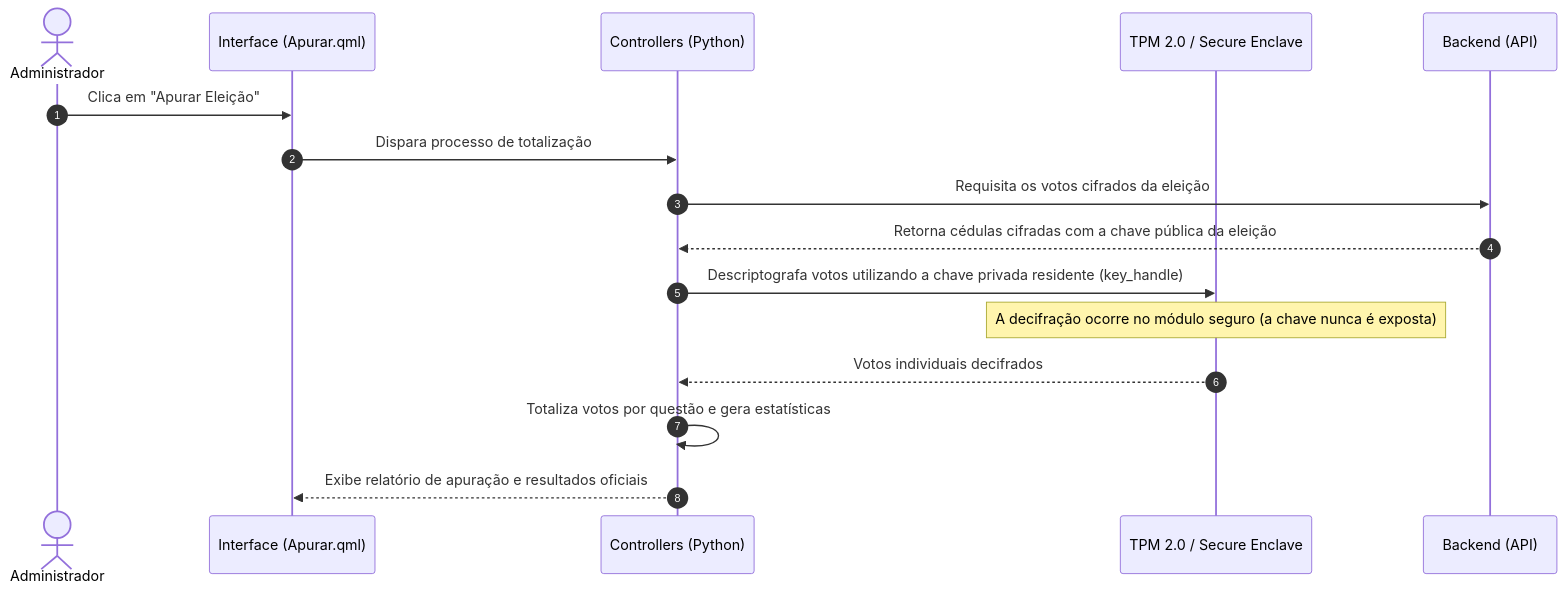
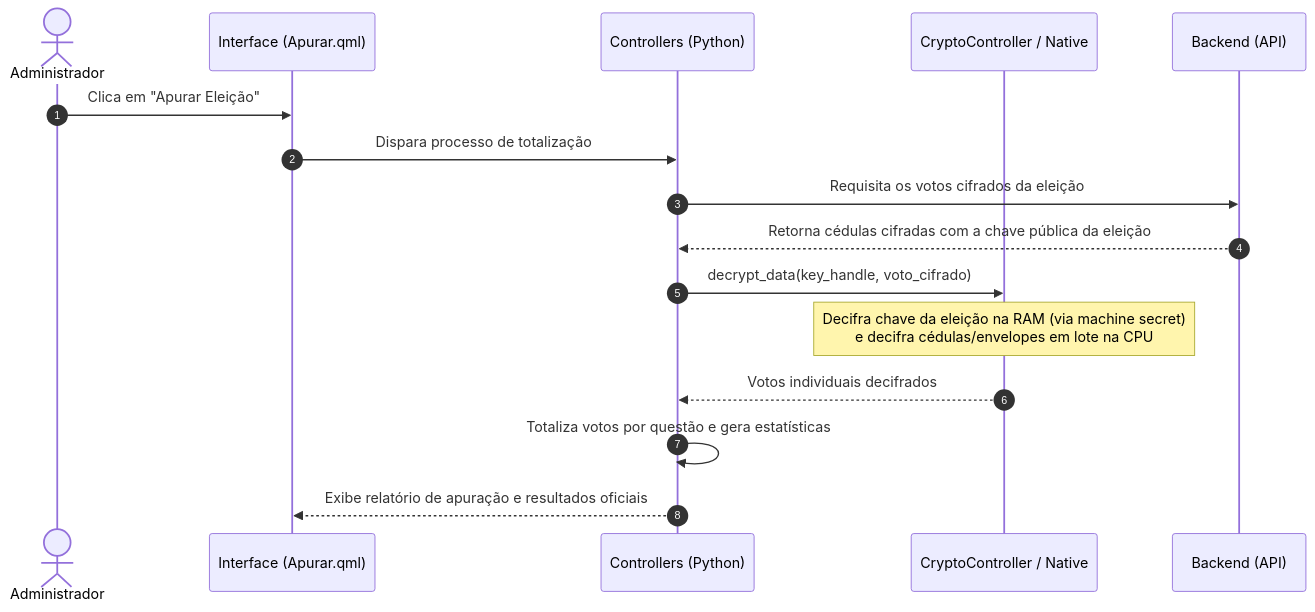
One commit to laribrito/votaai-desktop changed the eighth of 9 diagrams in README.md. Above: the diagram before and after it, drawn with Mermaid. The commit also changed other lines of this file and 7 other files, not shown here.

First line of the commit message:
feat(crypto): manage election private key outside TEE for sovereign tallying

````diff
--- a/README.md
+++ b/README.md
@@ -349,19 +360,19 @@
 ```mermaid
 sequenceDiagram
     autonumber
     actor Admin as Administrador
     participant UI as Interface (Apurar.qml)
     participant Ctrl as Controllers (Python)
-    participant TPM as TPM 2.0 / Secure Enclave
+    participant Crypto as CryptoController / Native
     participant API as Backend (API)
 
     Admin->>UI: Clica em "Apurar Eleição"
     UI->>Ctrl: Dispara processo de totalização
     Ctrl->>API: Requisita os votos cifrados da eleição
     API-->>Ctrl: Retorna cédulas cifradas com a chave pública da eleição
-    Ctrl->>TPM: Descriptografa votos utilizando a chave privada residente (key_handle)
-    Note over TPM: A decifração ocorre no módulo seguro (a chave nunca é exposta)
-    TPM-->>Ctrl: Votos individuais decifrados
+    Ctrl->>Crypto: decrypt_data(key_handle, voto_cifrado)
+    Note over Crypto: Decifra chave da eleição na RAM (via machine secret)<br/>e decifra cédulas/envelopes em lote na CPU
+    Crypto-->>Ctrl: Votos individuais decifrados
     Ctrl->>Ctrl: Totaliza votos por questão e gera estatísticas
     Ctrl-->>UI: Exibe relatório de apuração e resultados oficiais
 ```
````
